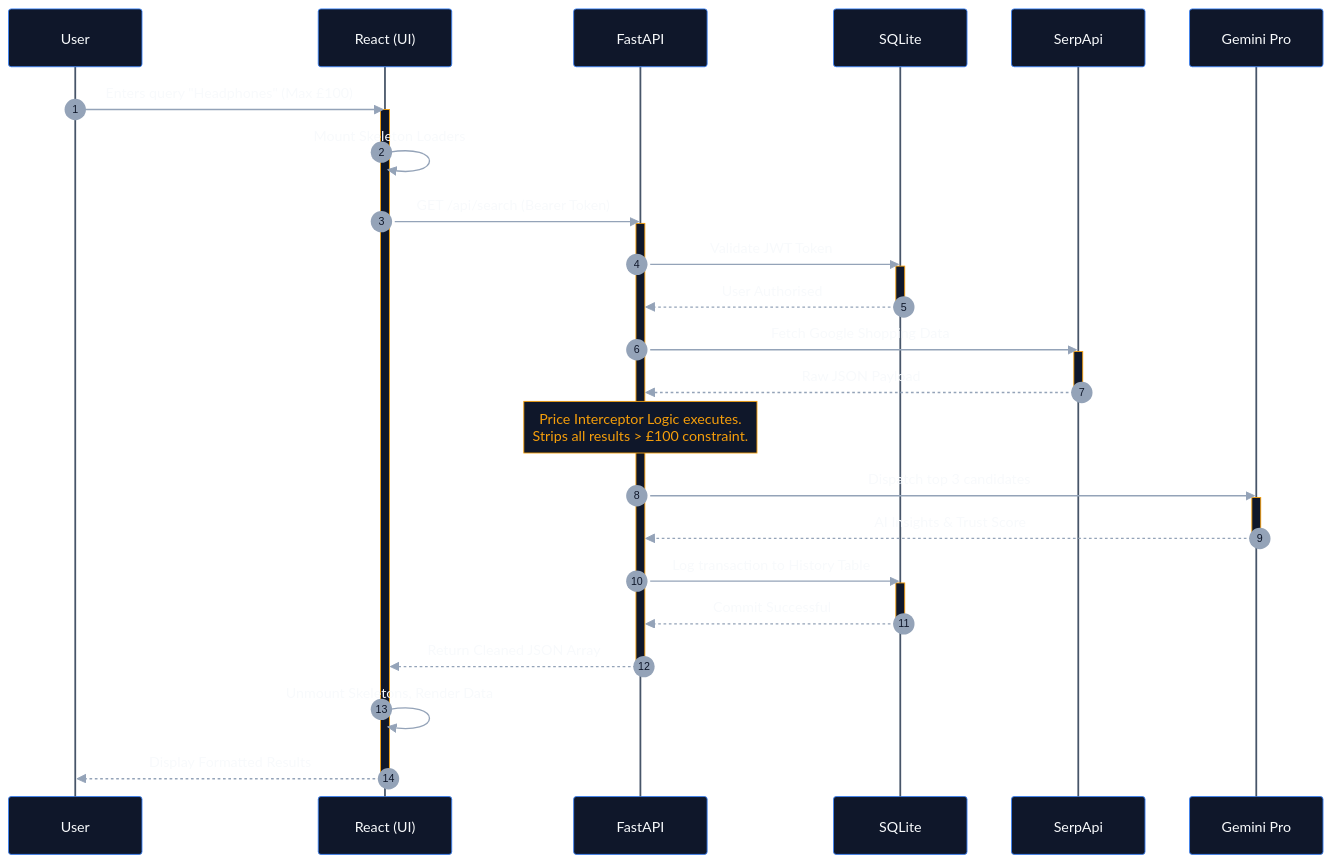
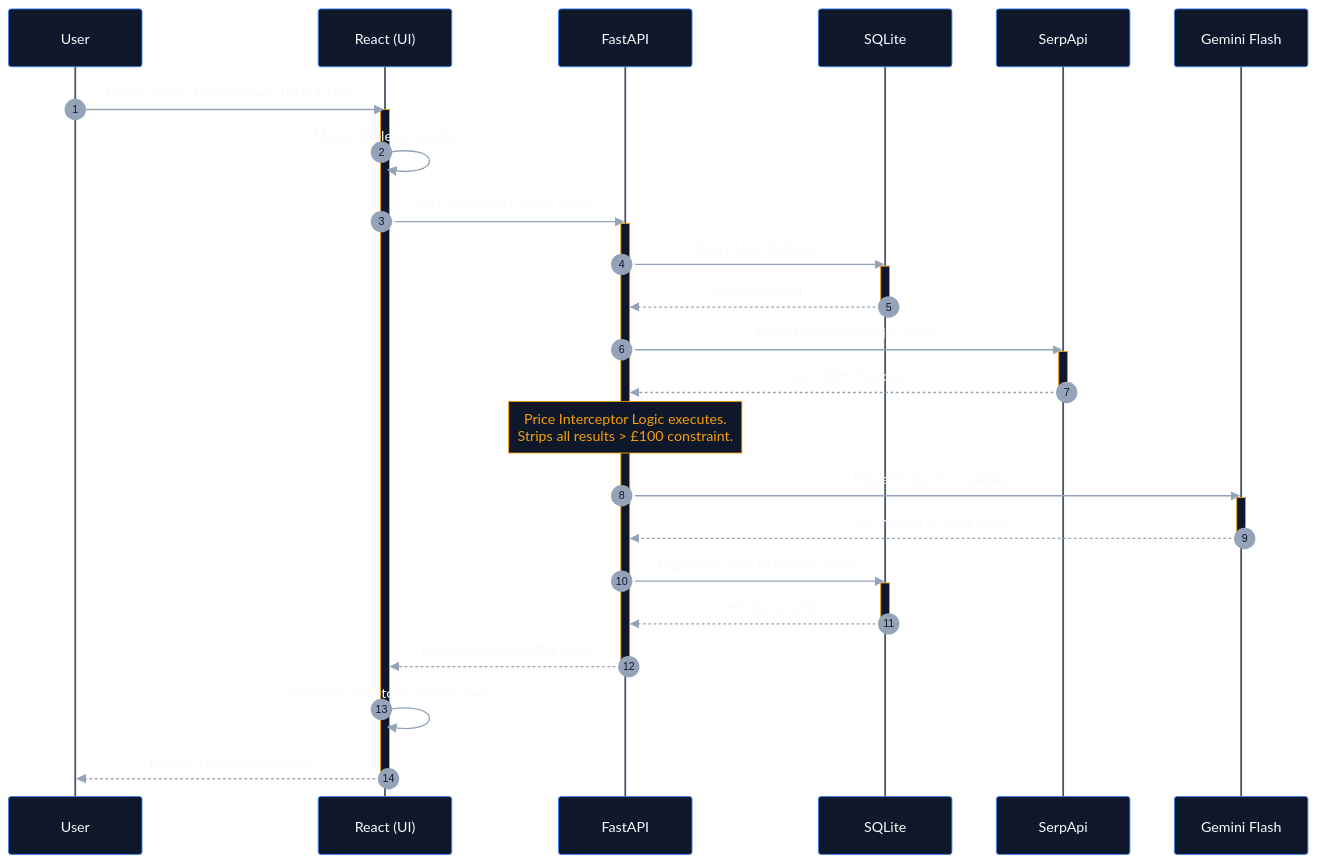
One commit to SriVigneswaran7/Honey-Hive changed the second of 3 diagrams in SystemModelling.md. Above: the diagram before and after it, drawn with Mermaid. The commit also changed other lines of this file, not shown here.

````diff
--- a/SystemModelling.md
+++ b/SystemModelling.md
@@ -99,67 +102,67 @@
 ```mermaid
 %%{init: {
   'theme': 'base',
   'themeVariables': {
     'fontFamily': 'sans-serif',
     'background': 'transparent',
     'actorBkg': '#0f172a',
     'actorBorder': '#3b82f6',
     'actorTextColor': '#f8fafc',
     'actorLineColor': '#475569',
     'signalColor': '#94a3b8',
     'signalTextColor': '#f8fafc',
     'noteBkgColor': '#0f172a',
     'noteBorderColor': '#f59e0b',
     'noteTextColor': '#f59e0b',
     'activationBorderColor': '#f59e0b',
     'activationBkgColor': '#0f172a',
     'sequenceNumberColor': '#0f172a'
   }
 }}%%
 sequenceDiagram
     autonumber
     
     participant U as User
     participant FE as React (UI)
     participant API as FastAPI
     participant DB as SQLite
     participant Serp as SerpApi
-    participant Gem as Gemini Pro
+    participant Gem as Gemini Flash
 
     U->>FE: Enters query "Headphones" (Max £100)
     activate FE
     FE->>FE: Mount Skeleton Loaders
     
-    FE->>API: GET /api/search (Bearer Token)
+    FE->>API: GET /api/search (User Email)
     activate API
     
-    API->>DB: Validate JWT Token
+    API->>DB: Query User by Email
     activate DB
-    DB-->>API: User Authorised
+    DB-->>API: User Validated
     deactivate DB
     
     API->>Serp: Fetch Google Shopping Data
     activate Serp
     Serp-->>API: Raw JSON Payload
     deactivate Serp
     
-    %% Clean, glowing system event note (Removed the clunky red rect)
+    %% Clean, glowing system event note
     Note over API: Price Interceptor Logic executes.<br/>Strips all results > £100 constraint.
     
     API->>Gem: Dispatch top 3 candidates
     activate Gem
     Gem-->>API: AI Insights & Trust Score
     deactivate Gem
     
     API->>DB: Log transaction to History Table
     activate DB
     DB-->>API: Commit Successful
     deactivate DB
     
     API-->>FE: Return Cleaned JSON Array
     deactivate API
     
     FE->>FE: Unmount Skeletons, Render Data
     FE-->>U: Display Formatted Results
     deactivate FE
 ```
````
